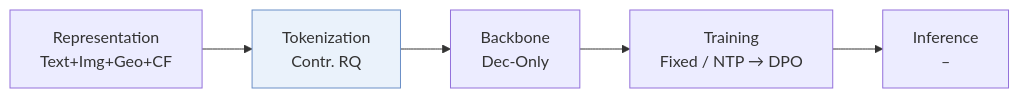
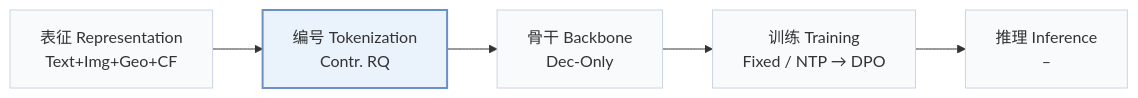
One commit to Galaxy-ghost/Awesome-SID-Generative-Rec changed the first of 3 diagrams in pages/zh/papers/gwhere.md. Above: the diagram before and after it, drawn with Mermaid. The commit also changed other lines of this file and 649 other files, not shown here.

Commit message:
writer-05: also tags and modality index (schema, check, build, visuals); summary field removed; calibration data for 12 papers

````diff
--- a/pages/zh/papers/gwhere.md
+++ b/pages/zh/papers/gwhere.md
@@ -13,6 +15,8 @@
 ```mermaid
 flowchart LR
-    R["Representation<br/>Text+Img+Geo+CF"] --> T["Tokenization<br/>Contr. RQ"] --> B["Backbone<br/>Dec-Only"] --> TR["Training<br/>Fixed / NTP → DPO"] --> I["Inference<br/>–"]
-    classDef main fill:#eaf2fb,stroke:#6b8fc7
+    R["表征 Representation<br/>Text+Img+Geo+CF"] --> T["编号 Tokenization<br/>Contr. RQ"] --> B["骨干 Backbone<br/>Dec-Only"] --> TR["训练 Training<br/>Fixed / NTP → DPO"] --> I["推理 Inference<br/>–"]
+    classDef base fill:#f8fafc,stroke:#cbd5e1
+    class R,T,B,TR,I base
+    classDef main fill:#eaf2fb,stroke:#6b8fc7,stroke-width:2px
     class T main
 ```
````
